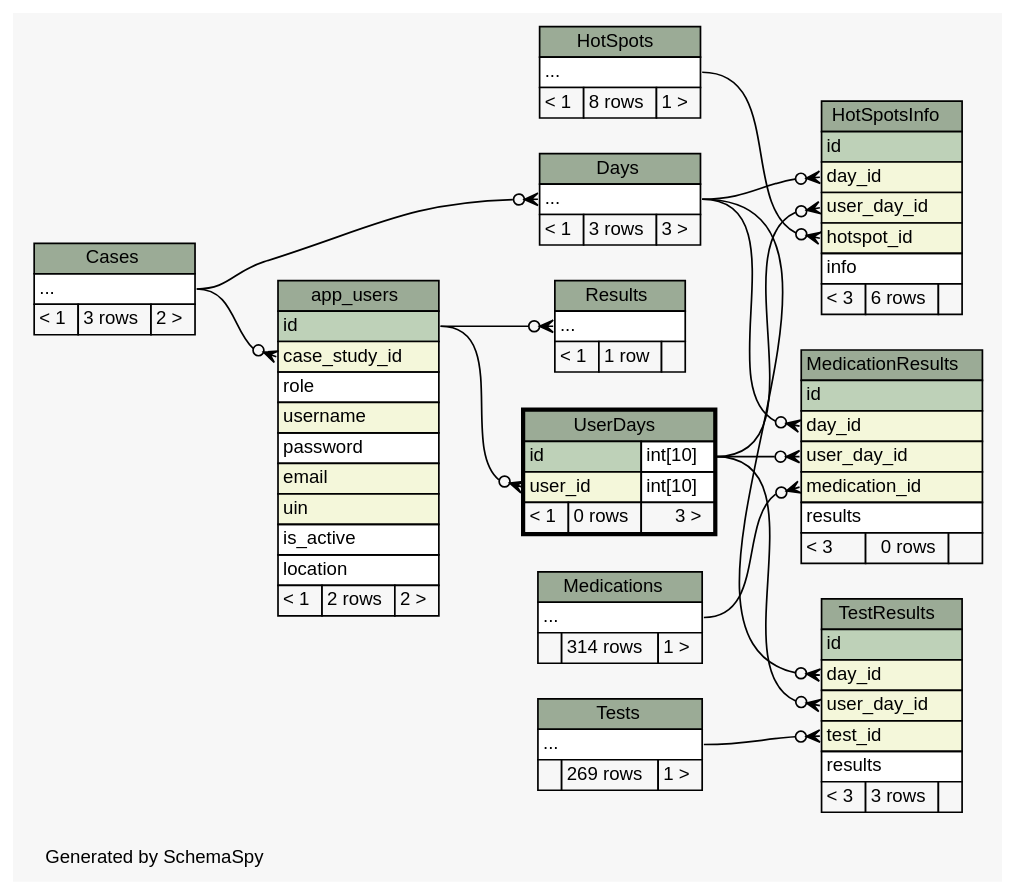
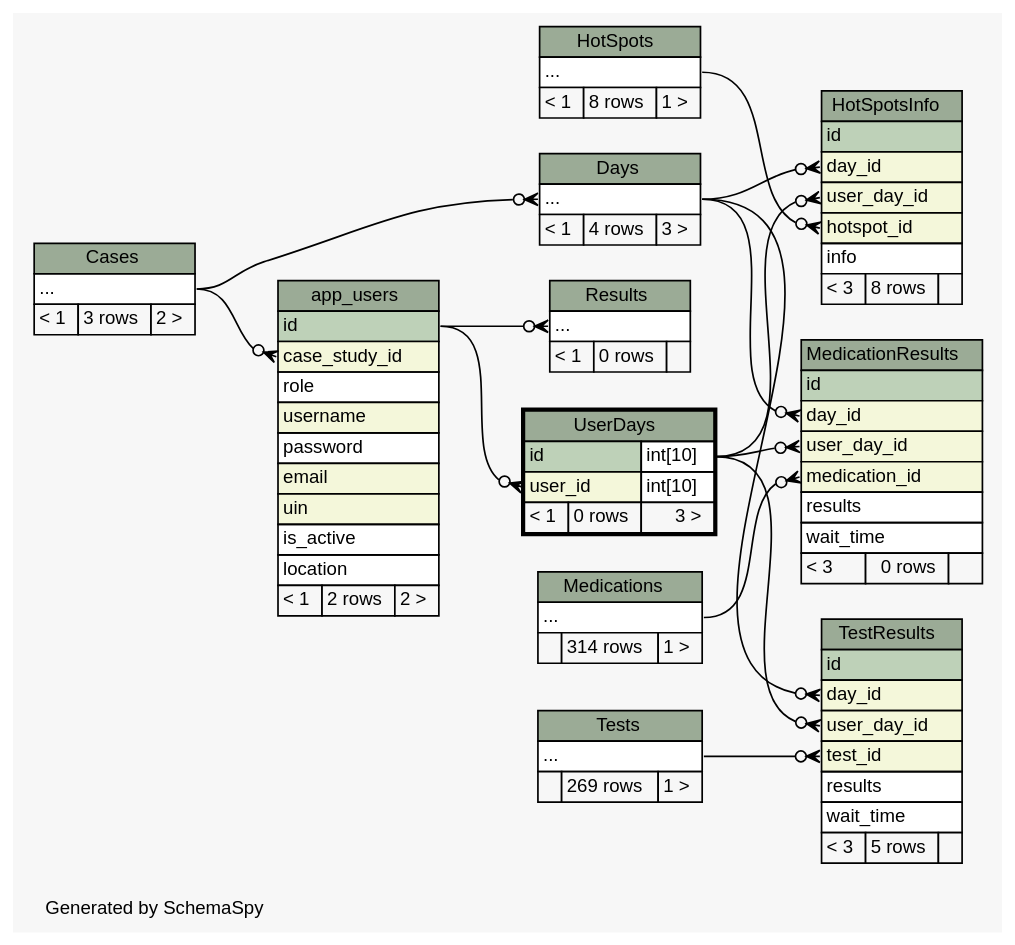
Before and after one commit to carrel2/CaseStudies: the diagram in web/files/schema/diagrams/UserDays.2degrees.dot, drawn with Graphviz. The commit also changed 256 other files, not shown here.

```diff
--- a/web/files/schema/diagrams/UserDays.2degrees.dot
+++ b/web/files/schema/diagrams/UserDays.2degrees.dot
@@ -1,166 +1,168 @@
-// dot 2.38.0 on Linux 4.4.0-77-generic
+// dot 2.38.0 on Linux 4.4.0-78-generic
 // SchemaSpy rev 590
 digraph "twoDegreesRelationshipsDiagram" {
   graph [
     rankdir="RL"
     bgcolor="#f7f7f7"
     label="\nGenerated by SchemaSpy"
     labeljust="l"
     nodesep="0.18"
     ranksep="0.46"
     fontname="Helvetica"
     fontsize="11"
   ];
   node [
     fontname="Helvetica"
     fontsize="11"
     shape="plaintext"
   ];
   edge [
     arrowsize="0.8"
   ];
   "app_users":"case_study_id":w -> "Cases":"elipses":e [arrowhead=none dir=back arrowtail=crowodot];
   "Days":"elipses":w -> "Cases":"elipses":e [arrowhead=none dir=back arrowtail=crowodot];
   "HotSpotsInfo":"day_id":w -> "Days":"elipses":e [arrowhead=none dir=back arrowtail=crowodot];
   "HotSpotsInfo":"hotspot_id":w -> "HotSpots":"elipses":e [arrowhead=none dir=back arrowtail=crowodot];
   "HotSpotsInfo":"user_day_id":w -> "UserDays":"id.type":e [arrowhead=none dir=back arrowtail=crowodot];
   "MedicationResults":"day_id":w -> "Days":"elipses":e [arrowhead=none dir=back arrowtail=crowodot];
   "MedicationResults":"medication_id":w -> "Medications":"elipses":e [arrowhead=none dir=back arrowtail=crowodot];
   "MedicationResults":"user_day_id":w -> "UserDays":"id.type":e [arrowhead=none dir=back arrowtail=crowodot];
   "Results":"elipses":w -> "app_users":"id":e [arrowhead=none dir=back arrowtail=crowodot];
   "TestResults":"day_id":w -> "Days":"elipses":e [arrowhead=none dir=back arrowtail=crowodot];
   "TestResults":"test_id":w -> "Tests":"elipses":e [arrowhead=none dir=back arrowtail=crowodot];
   "TestResults":"user_day_id":w -> "UserDays":"id.type":e [arrowhead=none dir=back arrowtail=crowodot];
   "UserDays":"user_id":w -> "app_users":"id":e [arrowhead=none dir=back arrowtail=crowodot];
   "app_users" [
     label=<
     <TABLE BORDER="0" CELLBORDER="1" CELLSPACING="0" BGCOLOR="#ffffff">
       <TR><TD COLSPAN="3" BGCOLOR="#9bab96" ALIGN="CENTER">app_users</TD></TR>
       <TR><TD PORT="id" COLSPAN="3" BGCOLOR="#bed1b8" ALIGN="LEFT">id</TD></TR>
       <TR><TD PORT="case_study_id" COLSPAN="3" BGCOLOR="#f4f7da" ALIGN="LEFT">case_study_id</TD></TR>
       <TR><TD PORT="role" COLSPAN="3" ALIGN="LEFT">role</TD></TR>
       <TR><TD PORT="username" COLSPAN="3" BGCOLOR="#f4f7da" ALIGN="LEFT">username</TD></TR>
       <TR><TD PORT="password" COLSPAN="3" ALIGN="LEFT">password</TD></TR>
       <TR><TD PORT="email" COLSPAN="3" BGCOLOR="#f4f7da" ALIGN="LEFT">email</TD></TR>
       <TR><TD PORT="uin" COLSPAN="3" BGCOLOR="#f4f7da" ALIGN="LEFT">uin</TD></TR>
       <TR><TD PORT="is_active" COLSPAN="3" ALIGN="LEFT">is_active</TD></TR>
       <TR><TD PORT="location" COLSPAN="3" ALIGN="LEFT">location</TD></TR>
       <TR><TD ALIGN="LEFT" BGCOLOR="#f7f7f7">&lt; 1</TD><TD ALIGN="RIGHT" BGCOLOR="#f7f7f7">2 rows</TD><TD ALIGN="RIGHT" BGCOLOR="#f7f7f7">2 &gt;</TD></TR>
     </TABLE>>
     URL="app_users.html"
     tooltip="app_users"
   ];
   "Cases" [
     label=<
     <TABLE BORDER="0" CELLBORDER="1" CELLSPACING="0" BGCOLOR="#ffffff">
       <TR><TD COLSPAN="3" BGCOLOR="#9bab96" ALIGN="CENTER">Cases</TD></TR>
       <TR><TD PORT="elipses" COLSPAN="3" ALIGN="LEFT">...</TD></TR>
       <TR><TD ALIGN="LEFT" BGCOLOR="#f7f7f7">&lt; 1</TD><TD ALIGN="RIGHT" BGCOLOR="#f7f7f7">3 rows</TD><TD ALIGN="RIGHT" BGCOLOR="#f7f7f7">2 &gt;</TD></TR>
     </TABLE>>
     URL="Cases.html"
     tooltip="Cases"
   ];
   "Days" [
     label=<
     <TABLE BORDER="0" CELLBORDER="1" CELLSPACING="0" BGCOLOR="#ffffff">
       <TR><TD COLSPAN="3" BGCOLOR="#9bab96" ALIGN="CENTER">Days</TD></TR>
       <TR><TD PORT="elipses" COLSPAN="3" ALIGN="LEFT">...</TD></TR>
-      <TR><TD ALIGN="LEFT" BGCOLOR="#f7f7f7">&lt; 1</TD><TD ALIGN="RIGHT" BGCOLOR="#f7f7f7">3 rows</TD><TD ALIGN="RIGHT" BGCOLOR="#f7f7f7">3 &gt;</TD></TR>
+      <TR><TD ALIGN="LEFT" BGCOLOR="#f7f7f7">&lt; 1</TD><TD ALIGN="RIGHT" BGCOLOR="#f7f7f7">4 rows</TD><TD ALIGN="RIGHT" BGCOLOR="#f7f7f7">3 &gt;</TD></TR>
     </TABLE>>
     URL="Days.html"
     tooltip="Days"
   ];
   "HotSpots" [
     label=<
     <TABLE BORDER="0" CELLBORDER="1" CELLSPACING="0" BGCOLOR="#ffffff">
       <TR><TD COLSPAN="3" BGCOLOR="#9bab96" ALIGN="CENTER">HotSpots</TD></TR>
       <TR><TD PORT="elipses" COLSPAN="3" ALIGN="LEFT">...</TD></TR>
       <TR><TD ALIGN="LEFT" BGCOLOR="#f7f7f7">&lt; 1</TD><TD ALIGN="RIGHT" BGCOLOR="#f7f7f7">8 rows</TD><TD ALIGN="RIGHT" BGCOLOR="#f7f7f7">1 &gt;</TD></TR>
     </TABLE>>
     URL="HotSpots.html"
     tooltip="HotSpots"
   ];
   "HotSpotsInfo" [
     label=<
     <TABLE BORDER="0" CELLBORDER="1" CELLSPACING="0" BGCOLOR="#ffffff">
       <TR><TD COLSPAN="3" BGCOLOR="#9bab96" ALIGN="CENTER">HotSpotsInfo</TD></TR>
       <TR><TD PORT="id" COLSPAN="3" BGCOLOR="#bed1b8" ALIGN="LEFT">id</TD></TR>
       <TR><TD PORT="day_id" COLSPAN="3" BGCOLOR="#f4f7da" ALIGN="LEFT">day_id</TD></TR>
       <TR><TD PORT="user_day_id" COLSPAN="3" BGCOLOR="#f4f7da" ALIGN="LEFT">user_day_id</TD></TR>
       <TR><TD PORT="hotspot_id" COLSPAN="3" BGCOLOR="#f4f7da" ALIGN="LEFT">hotspot_id</TD></TR>
       <TR><TD PORT="info" COLSPAN="3" ALIGN="LEFT">info</TD></TR>
-      <TR><TD ALIGN="LEFT" BGCOLOR="#f7f7f7">&lt; 3</TD><TD ALIGN="RIGHT" BGCOLOR="#f7f7f7">6 rows</TD><TD ALIGN="RIGHT" BGCOLOR="#f7f7f7">  </TD></TR>
+      <TR><TD ALIGN="LEFT" BGCOLOR="#f7f7f7">&lt; 3</TD><TD ALIGN="RIGHT" BGCOLOR="#f7f7f7">8 rows</TD><TD ALIGN="RIGHT" BGCOLOR="#f7f7f7">  </TD></TR>
     </TABLE>>
     URL="HotSpotsInfo.html"
     tooltip="HotSpotsInfo"
   ];
   "MedicationResults" [
     label=<
     <TABLE BORDER="0" CELLBORDER="1" CELLSPACING="0" BGCOLOR="#ffffff">
       <TR><TD COLSPAN="3" BGCOLOR="#9bab96" ALIGN="CENTER">MedicationResults</TD></TR>
       <TR><TD PORT="id" COLSPAN="3" BGCOLOR="#bed1b8" ALIGN="LEFT">id</TD></TR>
       <TR><TD PORT="day_id" COLSPAN="3" BGCOLOR="#f4f7da" ALIGN="LEFT">day_id</TD></TR>
       <TR><TD PORT="user_day_id" COLSPAN="3" BGCOLOR="#f4f7da" ALIGN="LEFT">user_day_id</TD></TR>
       <TR><TD PORT="medication_id" COLSPAN="3" BGCOLOR="#f4f7da" ALIGN="LEFT">medication_id</TD></TR>
       <TR><TD PORT="results" COLSPAN="3" ALIGN="LEFT">results</TD></TR>
+      <TR><TD PORT="wait_time" COLSPAN="3" ALIGN="LEFT">wait_time</TD></TR>
       <TR><TD ALIGN="LEFT" BGCOLOR="#f7f7f7">&lt; 3</TD><TD ALIGN="RIGHT" BGCOLOR="#f7f7f7">0 rows</TD><TD ALIGN="RIGHT" BGCOLOR="#f7f7f7">  </TD></TR>
     </TABLE>>
     URL="MedicationResults.html"
     tooltip="MedicationResults"
   ];
   "Medications" [
     label=<
     <TABLE BORDER="0" CELLBORDER="1" CELLSPACING="0" BGCOLOR="#ffffff">
       <TR><TD COLSPAN="3" BGCOLOR="#9bab96" ALIGN="CENTER">Medications</TD></TR>
       <TR><TD PORT="elipses" COLSPAN="3" ALIGN="LEFT">...</TD></TR>
       <TR><TD ALIGN="LEFT" BGCOLOR="#f7f7f7">  </TD><TD ALIGN="RIGHT" BGCOLOR="#f7f7f7">314 rows</TD><TD ALIGN="RIGHT" BGCOLOR="#f7f7f7">1 &gt;</TD></TR>
     </TABLE>>
     URL="Medications.html"
     tooltip="Medications"
   ];
   "Results" [
     label=<
     <TABLE BORDER="0" CELLBORDER="1" CELLSPACING="0" BGCOLOR="#ffffff">
       <TR><TD COLSPAN="3" BGCOLOR="#9bab96" ALIGN="CENTER">Results</TD></TR>
       <TR><TD PORT="elipses" COLSPAN="3" ALIGN="LEFT">...</TD></TR>
-      <TR><TD ALIGN="LEFT" BGCOLOR="#f7f7f7">&lt; 1</TD><TD ALIGN="RIGHT" BGCOLOR="#f7f7f7">1 row</TD><TD ALIGN="RIGHT" BGCOLOR="#f7f7f7">  </TD></TR>
+      <TR><TD ALIGN="LEFT" BGCOLOR="#f7f7f7">&lt; 1</TD><TD ALIGN="RIGHT" BGCOLOR="#f7f7f7">0 rows</TD><TD ALIGN="RIGHT" BGCOLOR="#f7f7f7">  </TD></TR>
     </TABLE>>
     URL="Results.html"
     tooltip="Results"
   ];
   "TestResults" [
     label=<
     <TABLE BORDER="0" CELLBORDER="1" CELLSPACING="0" BGCOLOR="#ffffff">
       <TR><TD COLSPAN="3" BGCOLOR="#9bab96" ALIGN="CENTER">TestResults</TD></TR>
       <TR><TD PORT="id" COLSPAN="3" BGCOLOR="#bed1b8" ALIGN="LEFT">id</TD></TR>
       <TR><TD PORT="day_id" COLSPAN="3" BGCOLOR="#f4f7da" ALIGN="LEFT">day_id</TD></TR>
       <TR><TD PORT="user_day_id" COLSPAN="3" BGCOLOR="#f4f7da" ALIGN="LEFT">user_day_id</TD></TR>
       <TR><TD PORT="test_id" COLSPAN="3" BGCOLOR="#f4f7da" ALIGN="LEFT">test_id</TD></TR>
       <TR><TD PORT="results" COLSPAN="3" ALIGN="LEFT">results</TD></TR>
-      <TR><TD ALIGN="LEFT" BGCOLOR="#f7f7f7">&lt; 3</TD><TD ALIGN="RIGHT" BGCOLOR="#f7f7f7">3 rows</TD><TD ALIGN="RIGHT" BGCOLOR="#f7f7f7">  </TD></TR>
+      <TR><TD PORT="wait_time" COLSPAN="3" ALIGN="LEFT">wait_time</TD></TR>
+      <TR><TD ALIGN="LEFT" BGCOLOR="#f7f7f7">&lt; 3</TD><TD ALIGN="RIGHT" BGCOLOR="#f7f7f7">5 rows</TD><TD ALIGN="RIGHT" BGCOLOR="#f7f7f7">  </TD></TR>
     </TABLE>>
     URL="TestResults.html"
     tooltip="TestResults"
   ];
   "Tests" [
     label=<
     <TABLE BORDER="0" CELLBORDER="1" CELLSPACING="0" BGCOLOR="#ffffff">
       <TR><TD COLSPAN="3" BGCOLOR="#9bab96" ALIGN="CENTER">Tests</TD></TR>
       <TR><TD PORT="elipses" COLSPAN="3" ALIGN="LEFT">...</TD></TR>
       <TR><TD ALIGN="LEFT" BGCOLOR="#f7f7f7">  </TD><TD ALIGN="RIGHT" BGCOLOR="#f7f7f7">269 rows</TD><TD ALIGN="RIGHT" BGCOLOR="#f7f7f7">1 &gt;</TD></TR>
     </TABLE>>
     URL="Tests.html"
     tooltip="Tests"
   ];
   "UserDays" [
     label=<
     <TABLE BORDER="2" CELLBORDER="1" CELLSPACING="0" BGCOLOR="#ffffff">
       <TR><TD COLSPAN="3" BGCOLOR="#9bab96" ALIGN="CENTER">UserDays</TD></TR>
       <TR><TD PORT="id" COLSPAN="2" BGCOLOR="#bed1b8" ALIGN="LEFT">id</TD><TD PORT="id.type" ALIGN="LEFT">int[10]</TD></TR>
       <TR><TD PORT="user_id" COLSPAN="2" BGCOLOR="#f4f7da" ALIGN="LEFT">user_id</TD><TD PORT="user_id.type" ALIGN="LEFT">int[10]</TD></TR>
       <TR><TD ALIGN="LEFT" BGCOLOR="#f7f7f7">&lt; 1</TD><TD ALIGN="RIGHT" BGCOLOR="#f7f7f7">0 rows</TD><TD ALIGN="RIGHT" BGCOLOR="#f7f7f7">3 &gt;</TD></TR>
     </TABLE>>
     URL="UserDays.html"
     tooltip="UserDays"
   ];
 }
```
